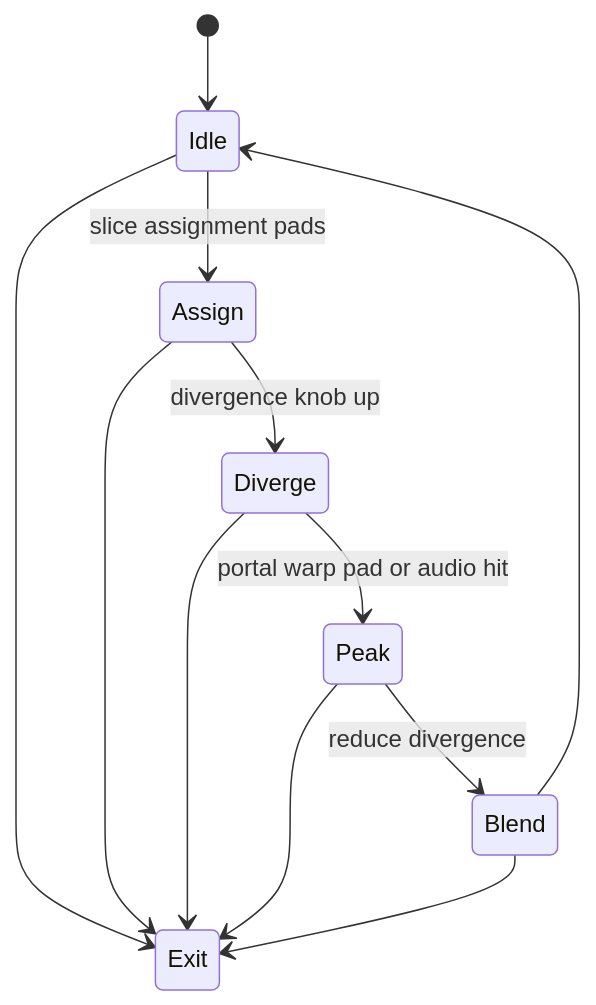
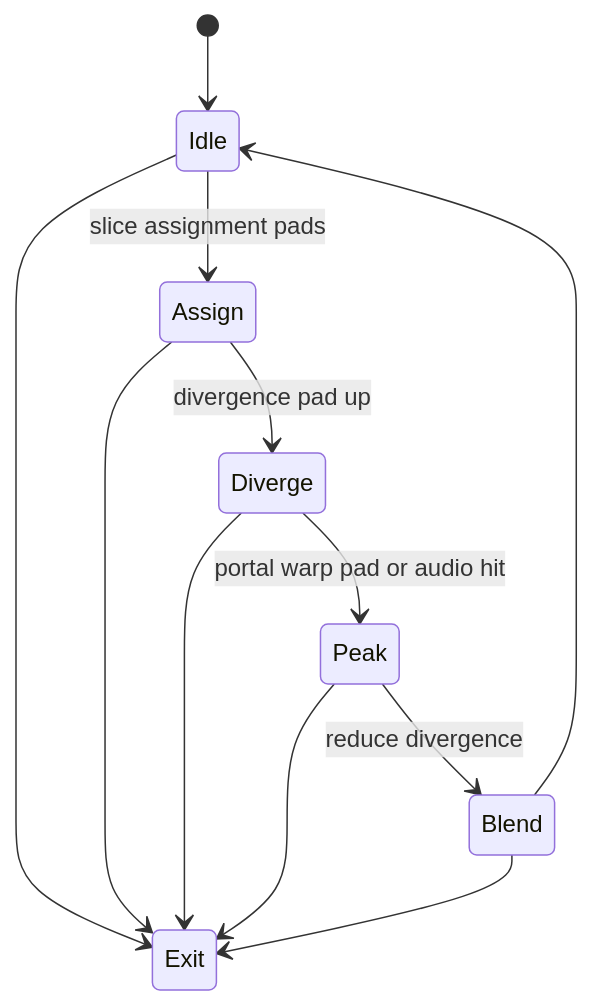
Diagram 13 of 15 in docs/processing-syphon-idea-board.md (abossard/synesthesia-visuals), drawn with Mermaid before and after one commit. The commit also changed other lines of this file and 1 other file, not shown here.

````diff
--- a/docs/processing-syphon-idea-board.md
+++ b/docs/processing-syphon-idea-board.md
@@ -412,14 +418,14 @@
   ```mermaid
   stateDiagram-v2
     [*] --> Idle
     Idle --> Assign : slice assignment pads
-    Assign --> Diverge : divergence knob up
+    Assign --> Diverge : divergence pad up
     Diverge --> Peak : portal warp pad or audio hit
     Peak --> Blend : reduce divergence
     Blend --> Idle
     Idle --> Exit
     Assign --> Exit
     Diverge --> Exit
     Peak --> Exit
     Blend --> Exit
   ```
````
